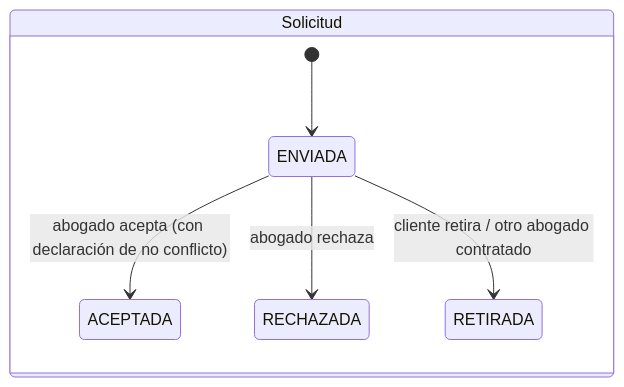
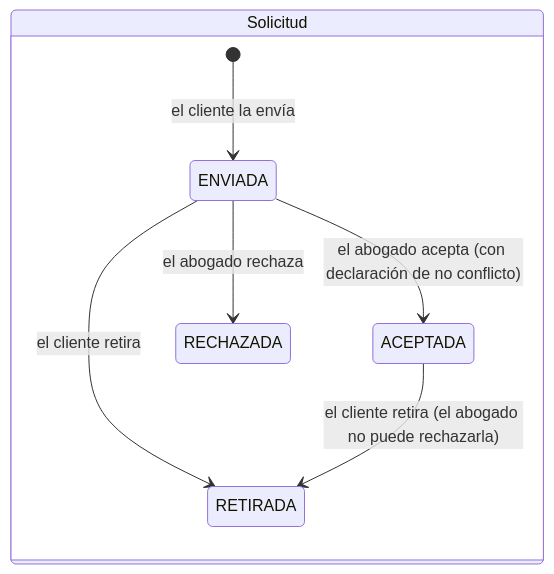
The third of 3 diagrams in docs/dominio/modelo.md (netfoor/specter), drawn with Mermaid before and after one commit. The commit also changed other lines of this file and 31 other files, not shown here.

````diff
--- a/docs/dominio/modelo.md
+++ b/docs/dominio/modelo.md
@@ -45,9 +45,10 @@
 ```mermaid
 stateDiagram-v2
   state Solicitud {
-    [*] --> ENVIADA
-    ENVIADA --> ACEPTADA: abogado acepta (con declaración de no conflicto)
-    ENVIADA --> RECHAZADA: abogado rechaza
-    ENVIADA --> RETIRADA: cliente retira / otro abogado contratado
+    [*] --> ENVIADA: el cliente la envía
+    ENVIADA --> ACEPTADA: el abogado acepta (con declaración de no conflicto)
+    ENVIADA --> RECHAZADA: el abogado rechaza
+    ENVIADA --> RETIRADA: el cliente retira
+    ACEPTADA --> RETIRADA: el cliente retira (el abogado no puede rechazarla)
   }
 ```
````
